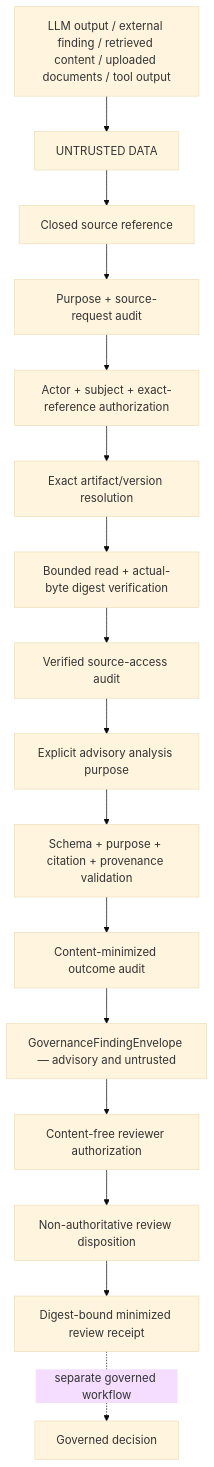
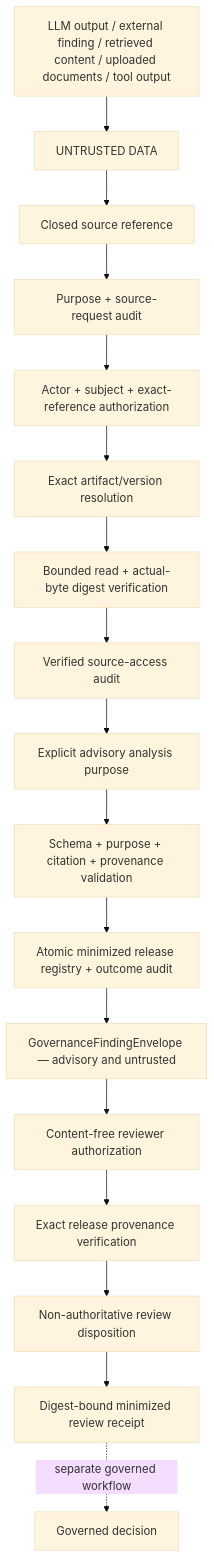
One commit to brunovicco/verifiable-ai-governance changed the second of 2 diagrams in docs/architecture/TRUST_BOUNDARIES.md. Above: the diagram before and after it, drawn with Mermaid (base theme). The commit also changed other lines of this file and 31 other files, not shown here.

Commit message:
feat(governance): enforce verified finding release provenance (#118)

````diff
--- a/docs/architecture/TRUST_BOUNDARIES.md
+++ b/docs/architecture/TRUST_BOUNDARIES.md
@@ -116,19 +116,20 @@
 ```mermaid
 flowchart TD
   INPUT["LLM output / external finding / retrieved content / uploaded documents / tool output"]
   INPUT --> UNTRUSTED["UNTRUSTED DATA"]
   UNTRUSTED --> REFERENCE["Closed source reference"]
   REFERENCE --> REQUEST_AUDIT["Purpose + source-request audit"]
   REQUEST_AUDIT --> AUTHORIZE["Actor + subject + exact-reference authorization"]
   AUTHORIZE --> RESOLVE["Exact artifact/version resolution"]
   RESOLVE --> VERIFY["Bounded read + actual-byte digest verification"]
   VERIFY --> ACCESS_AUDIT["Verified source-access audit"]
   ACCESS_AUDIT --> ANALYZE["Explicit advisory analysis purpose"]
   ANALYZE --> VALIDATE["Schema + purpose + citation + provenance validation"]
-  VALIDATE --> OUTCOME_AUDIT["Content-minimized outcome audit"]
-  OUTCOME_AUDIT --> CANDIDATE["GovernanceFindingEnvelope — advisory and untrusted"]
+  VALIDATE --> RELEASE["Atomic minimized release registry + outcome audit"]
+  RELEASE --> CANDIDATE["GovernanceFindingEnvelope — advisory and untrusted"]
   CANDIDATE --> REVIEW_AUTH["Content-free reviewer authorization"]
-  REVIEW_AUTH --> REVIEW["Non-authoritative review disposition"]
+  REVIEW_AUTH --> RELEASE_VERIFY["Exact release provenance verification"]
+  RELEASE_VERIFY --> REVIEW["Non-authoritative review disposition"]
   REVIEW --> REVIEW_AUDIT["Digest-bound minimized review receipt"]
   REVIEW_AUDIT -. separate governed workflow .-> DECISION["Governed decision"]
 ```
````
